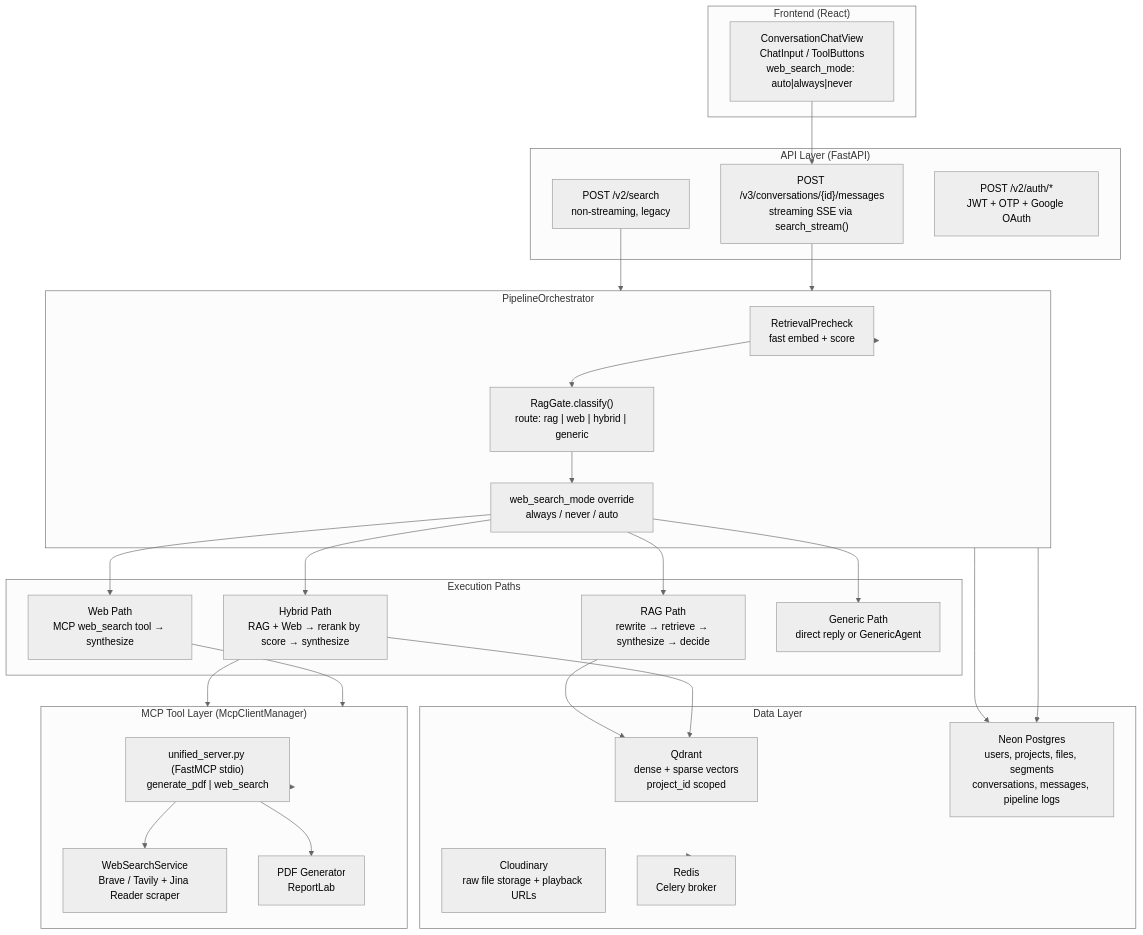
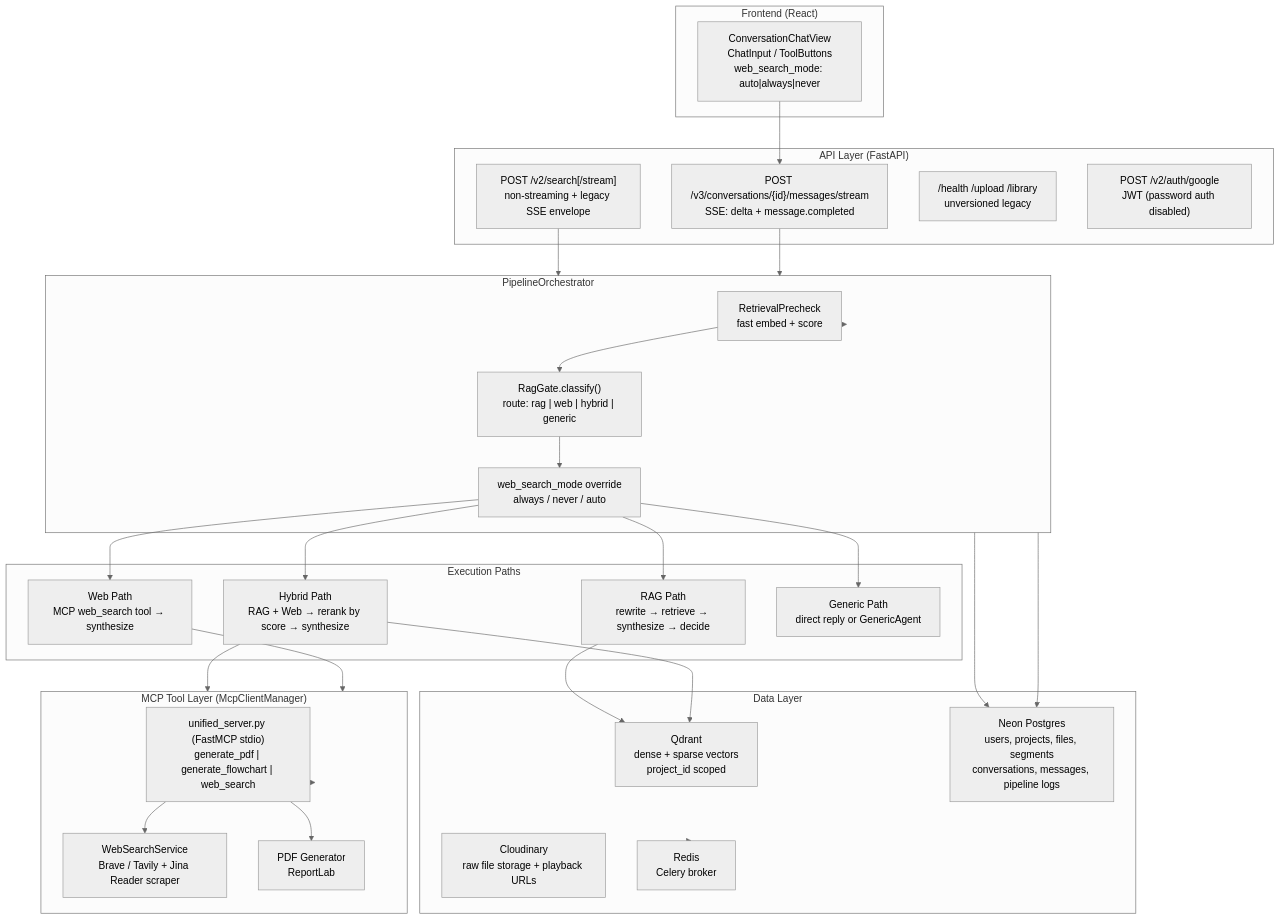
The first of 6 diagrams in docs/architecture/architecture.md (OmgItsAmmer/Scrutinize), drawn with Mermaid (neutral theme) before and after one commit. The commit also changed other lines of this file and 9 other files, not shown here.

````diff
--- a/docs/architecture/architecture.md
+++ b/docs/architecture/architecture.md
@@ -24,59 +35,60 @@
 ```mermaid
 flowchart TD
     subgraph Client["Frontend (React)"]
         UI["ConversationChatView\nChatInput / ToolButtons\nweb_search_mode: auto|always|never"]
     end
 
     subgraph API["API Layer (FastAPI)"]
-        V3["POST /v3/conversations/{id}/messages\nstreaming SSE via search_stream()"]
-        V2["POST /v2/search\nnon-streaming, legacy"]
-        AUTH["POST /v2/auth/*\nJWT + OTP + Google OAuth"]
+        V3["POST /v3/conversations/{id}/messages/stream\nSSE: delta + message.completed"]
+        V2["POST /v2/search[/stream]\nnon-streaming + legacy SSE envelope"]
+        LEG["/health /upload /library\nunversioned legacy"]
+        AUTH["POST /v2/auth/google\nJWT (password auth disabled)"]
     end
 
     subgraph Orchestrator["PipelineOrchestrator"]
         PRECHECK["RetrievalPrecheck\nfast embed + score"]
         GATE["RagGate.classify()\nroute: rag | web | hybrid | generic"]
         WMODE["web_search_mode override\nalways / never / auto"]
     end
 
     subgraph Paths["Execution Paths"]
         RAG["RAG Path\nrewrite → retrieve → synthesize → decide"]
         WEB["Web Path\nMCP web_search tool → synthesize"]
         HYBRID["Hybrid Path\nRAG + Web → rerank by score → synthesize"]
         GEN["Generic Path\ndirect reply or GenericAgent"]
     end
 
     subgraph MCP["MCP Tool Layer (McpClientManager)"]
-        UNIFIED["unified_server.py (FastMCP stdio)\ngenerate_pdf | web_search"]
+        UNIFIED["unified_server.py (FastMCP stdio)\ngenerate_pdf | generate_flowchart | web_search"]
         WSSVC["WebSearchService\nBrave / Tavily + Jina Reader scraper"]
         PDFSVC["PDF Generator\nReportLab"]
     end
 
     subgraph Data["Data Layer"]
         QDRANT["Qdrant\ndense + sparse vectors\nproject_id scoped"]
         NEON["Neon Postgres\nusers, projects, files, segments\nconversations, messages, pipeline logs"]
         CDN["Cloudinary\nraw file storage + playback URLs"]
         REDIS["Redis\nCelery broker"]
     end
 
     UI --> V3
     V3 --> Orchestrator
     V2 --> Orchestrator
     Orchestrator --> PRECHECK
     PRECHECK --> GATE
     GATE --> WMODE
     WMODE --> RAG
     WMODE --> WEB
     WMODE --> HYBRID
     WMODE --> GEN
     WEB --> MCP
     HYBRID --> MCP
     HYBRID --> QDRANT
     RAG --> QDRANT
     MCP --> UNIFIED
     UNIFIED --> WSSVC
     UNIFIED --> PDFSVC
     Orchestrator --> NEON
     Orchestrator --> NEON
     Data --> REDIS
 ```
````
